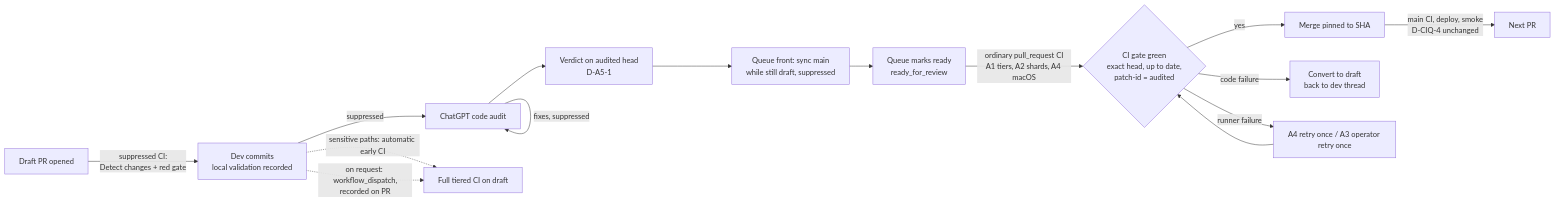
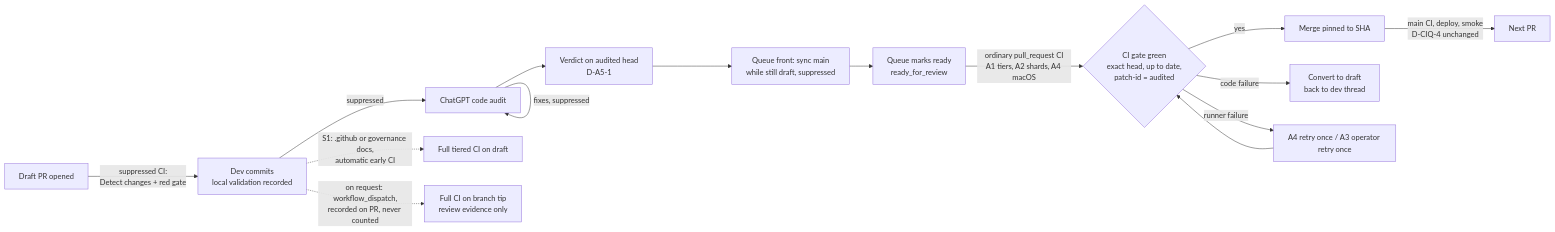
One commit to reganwagteveld/business-OS changed the second of 3 diagrams in docs/ciq-a5-draft-final-validation.md. Above: the diagram before and after it, drawn with Mermaid. The commit also changed other lines of this file, not shown here.

````diff
--- a/docs/ciq-a5-draft-final-validation.md
+++ b/docs/ciq-a5-draft-final-validation.md
@@ -108,17 +108,17 @@
 ```mermaid
 flowchart LR
   D[Draft PR opened] -->|suppressed CI:<br/>Detect changes + red gate| D1[Dev commits<br/>local validation recorded]
   D1 -->|suppressed| A[ChatGPT code audit]
   A -->|fixes, suppressed| A
   A --> V[Verdict on audited head<br/>D-A5-1]
   V --> Q[Queue front: sync main<br/>while still draft, suppressed]
   Q --> RDY[Queue marks ready<br/>ready_for_review]
   RDY -->|ordinary pull_request CI<br/>A1 tiers, A2 shards, A4 macOS| M{CI gate green<br/>exact head, up to date,<br/>patch-id = audited}
   M -->|yes| MG[Merge pinned to SHA]
   M -->|code failure| BACK[Convert to draft<br/>back to dev thread]
   M -->|runner failure| RETRY[A4 retry once / A3 operator retry once]
   RETRY --> M
   MG -->|main CI, deploy, smoke<br/>D-CIQ-4 unchanged| DONE[Next PR]
-  D1 -.->|sensitive paths: automatic early CI| E[Full tiered CI on draft]
-  D1 -.->|on request: workflow_dispatch,<br/>recorded on PR| E
+  D1 -.->|S1: .github or governance docs,<br/>automatic early CI| E[Full tiered CI on draft]
+  D1 -.->|on request: workflow_dispatch,<br/>recorded on PR, never counted| E2[Full CI on branch tip<br/>review evidence only]
 ```
````
